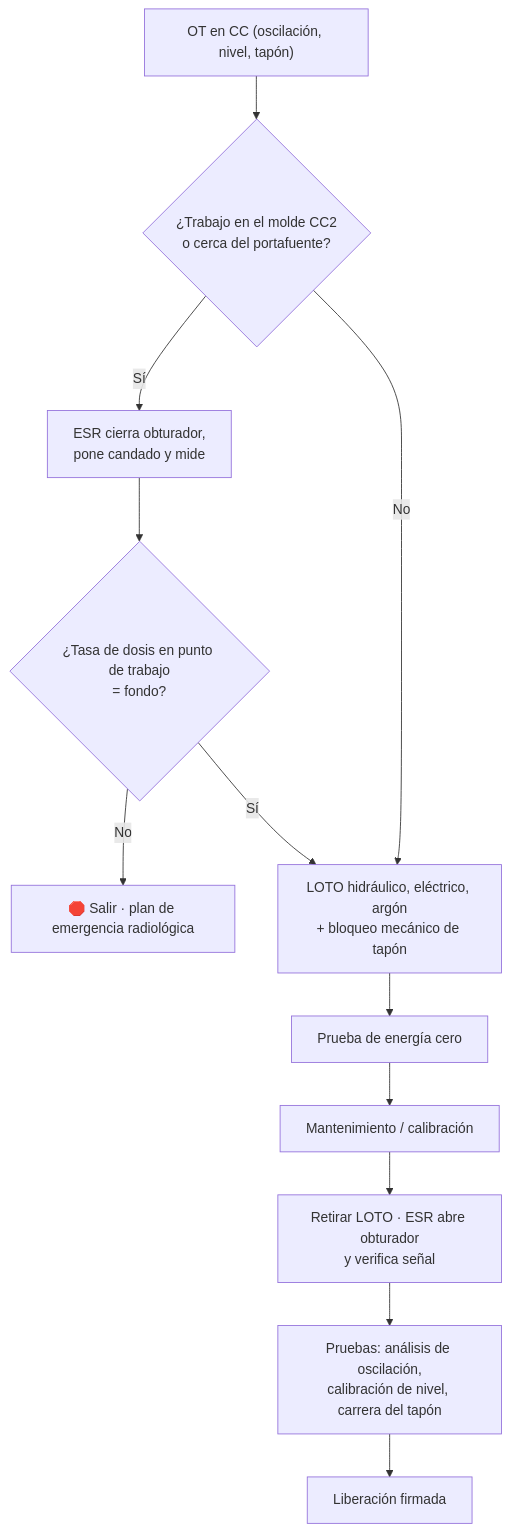
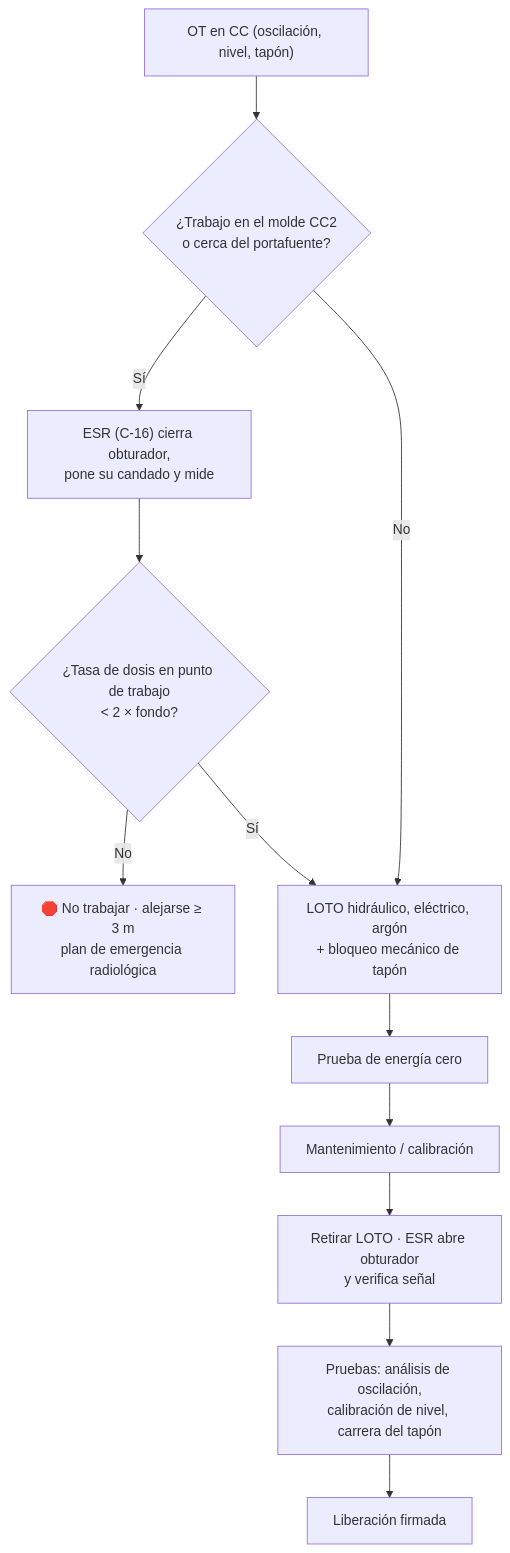
Before and after one commit to diegocardonaguzman03-maker/HR: the diagram in 10-plantas/01-steelmaking/03-mantenimiento/MM-CC-04-hidraulica-oscilacion-nivel-tapon-fuente-cs137.md, drawn with Mermaid. The commit also changed other lines of this file and 59 other files, not shown here.

````diff
--- a/10-plantas/01-steelmaking/03-mantenimiento/MM-CC-04-hidraulica-oscilacion-nivel-tapon-fuente-cs137.md
+++ b/10-plantas/01-steelmaking/03-mantenimiento/MM-CC-04-hidraulica-oscilacion-nivel-tapon-fuente-cs137.md
@@ -34,14 +34,14 @@
 ```mermaid
 flowchart TD
     A["OT en CC (oscilación, nivel, tapón)"] --> B{"¿Trabajo en el molde CC2<br/>o cerca del portafuente?"}
-    B -- "Sí" --> C["ESR cierra obturador,<br/>pone candado y mide"]
-    C --> D{"¿Tasa de dosis en punto de trabajo<br/>= fondo?"}
-    D -- "No" --> E["🛑 Salir · plan de emergencia radiológica"]
+    B -- "Sí" --> C["ESR (C-16) cierra obturador,<br/>pone su candado y mide"]
+    C --> D{"¿Tasa de dosis en punto de trabajo<br/>< 2 × fondo?"}
+    D -- "No" --> E["🛑 No trabajar · alejarse ≥ 3 m<br/>plan de emergencia radiológica"]
     D -- "Sí" --> F["LOTO hidráulico, eléctrico, argón<br/>+ bloqueo mecánico de tapón"]
     B -- "No" --> F
     F --> G["Prueba de energía cero"]
     G --> H["Mantenimiento / calibración"]
     H --> I["Retirar LOTO · ESR abre obturador<br/>y verifica señal"]
     I --> J["Pruebas: análisis de oscilación,<br/>calibración de nivel, carrera del tapón"]
     J --> K["Liberación firmada"]
 ```
````
